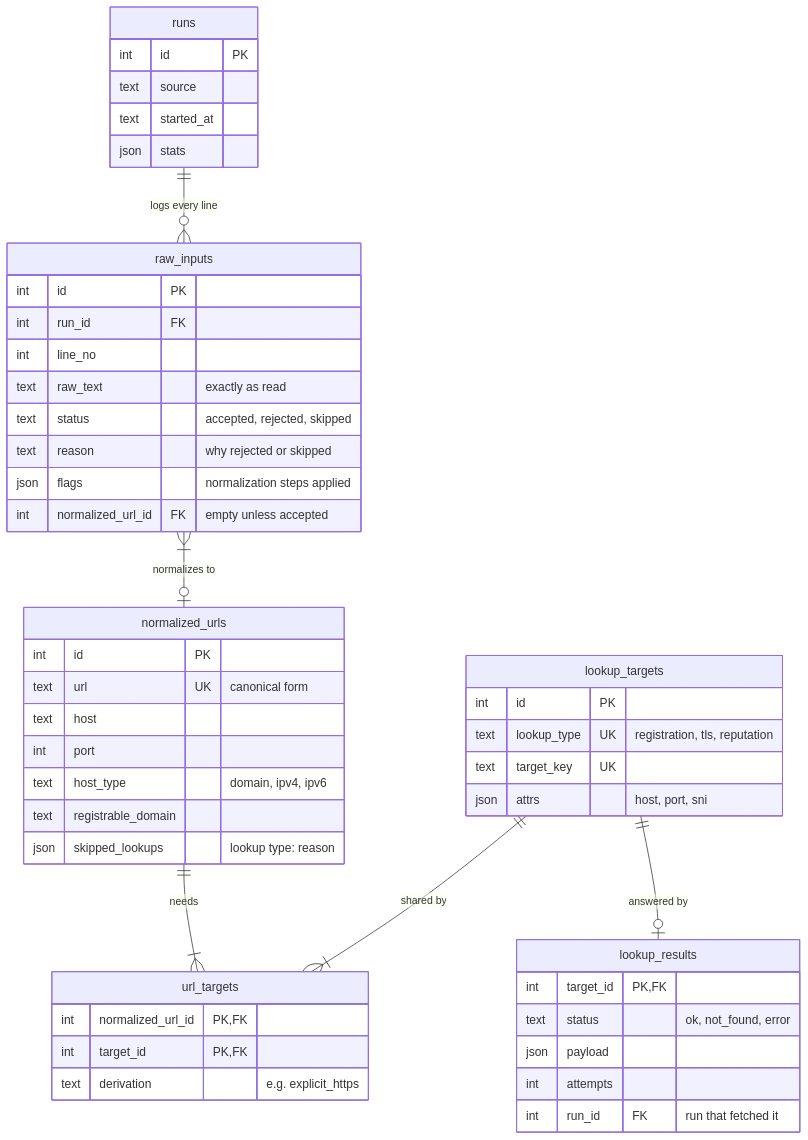
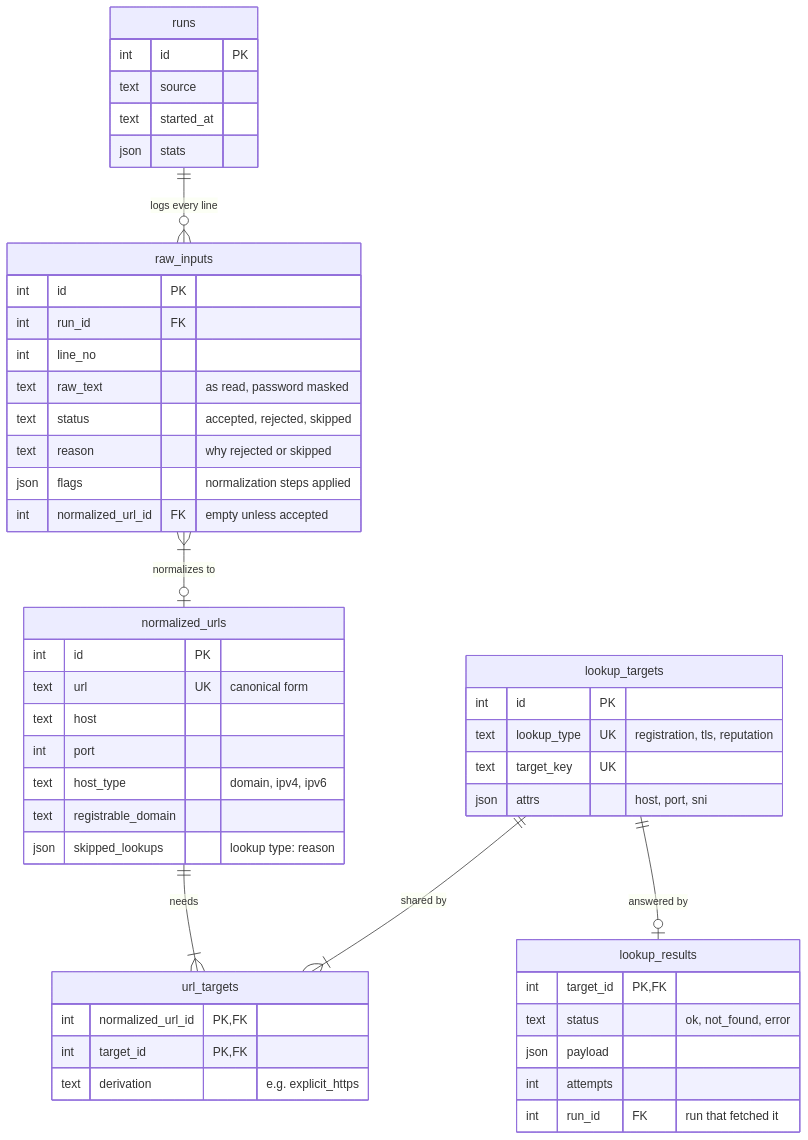
Before and after one commit to jesusdrodriguez/url-enrichment: the diagram in README.md, drawn with Mermaid. The commit also changed other lines of this file and 10 other files, not shown here.

````diff
--- a/README.md
+++ b/README.md
@@ -89,52 +90,52 @@
 ```mermaid
 erDiagram
     runs ||--o{ raw_inputs : "logs every line"
     raw_inputs }|--o| normalized_urls : "normalizes to"
     normalized_urls ||--|{ url_targets : "needs"
     lookup_targets ||--|{ url_targets : "shared by"
     lookup_targets ||--o| lookup_results : "answered by"
 
     runs {
         int id PK
         text source
         text started_at
         json stats
     }
     raw_inputs {
         int id PK
         int run_id FK
         int line_no
-        text raw_text "exactly as read"
+        text raw_text "as read, password masked"
         text status "accepted, rejected, skipped"
         text reason "why rejected or skipped"
         json flags "normalization steps applied"
         int normalized_url_id FK "empty unless accepted"
     }
     normalized_urls {
         int id PK
         text url UK "canonical form"
         text host
         int port
         text host_type "domain, ipv4, ipv6"
         text registrable_domain
         json skipped_lookups "lookup type: reason"
     }
     url_targets {
         int normalized_url_id PK, FK
         int target_id PK, FK
         text derivation "e.g. explicit_https"
     }
     lookup_targets {
         int id PK
         text lookup_type UK "registration, tls, reputation"
         text target_key UK
         json attrs "host, port, sni"
     }
     lookup_results {
         int target_id PK, FK
         text status "ok, not_found, error"
         json payload
         int attempts
         int run_id FK "run that fetched it"
     }
 ```
````
